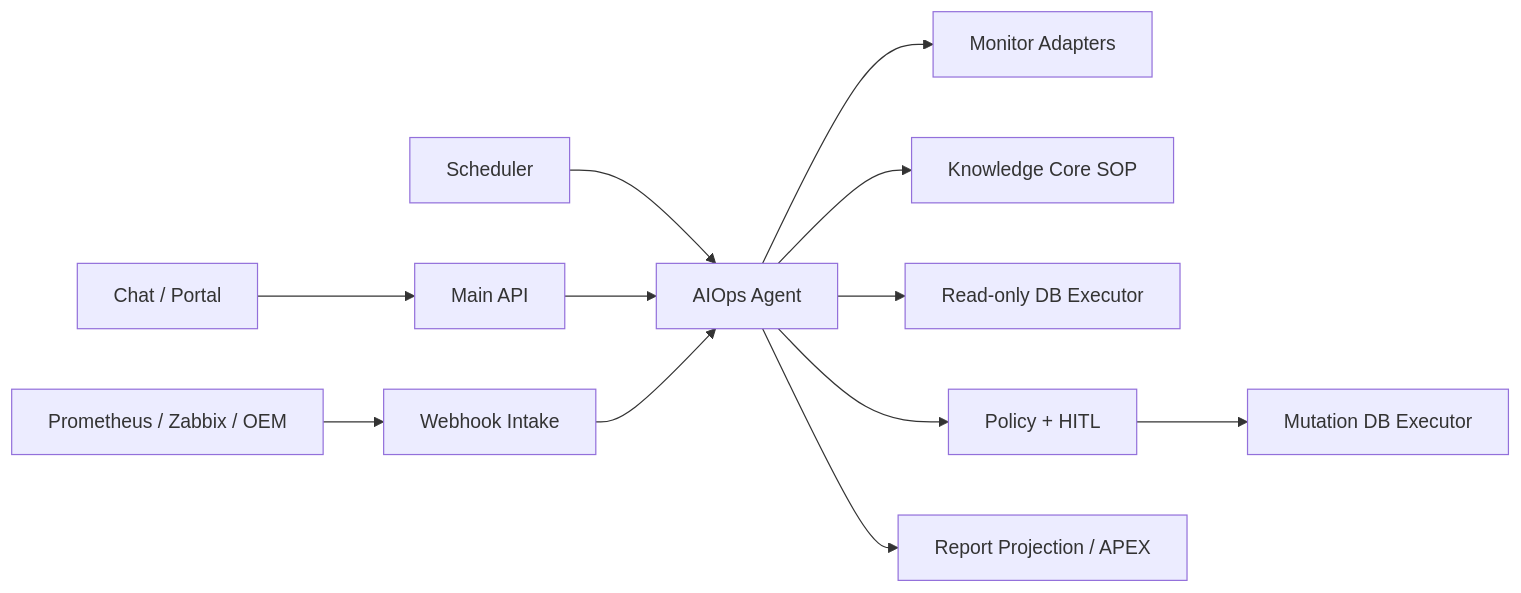
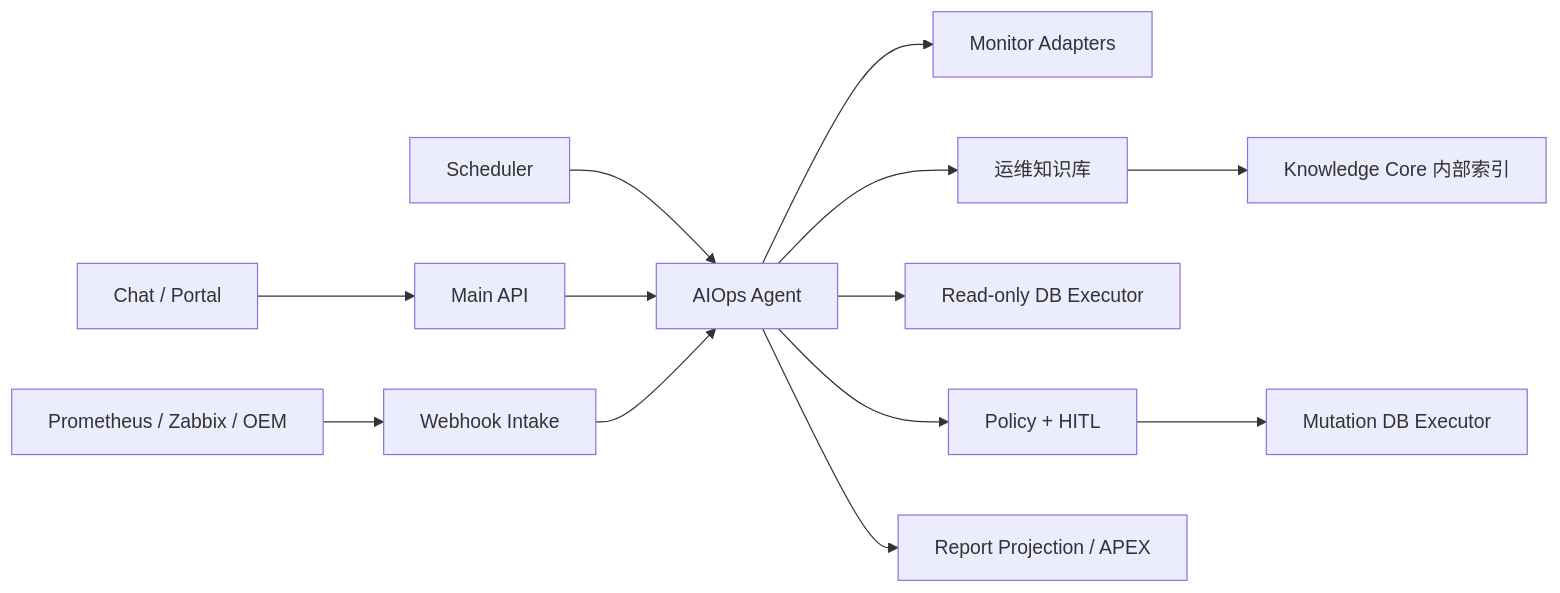
Before and after one commit to munger1985/kbot: the first of 3 diagrams in docs/product/aiops-agent.md, drawn with Mermaid. The commit also changed other lines of this file and 5 other files, not shown here.

````diff
--- a/docs/product/aiops-agent.md
+++ b/docs/product/aiops-agent.md
@@ -296,14 +299,15 @@
 ```mermaid
 flowchart LR
     CHAT[Chat / Portal] --> API[Main API]
     ALERT[Prometheus / Zabbix / OEM] --> INTAKE[Webhook Intake]
     SCHED[Scheduler] --> OPS[AIOps Agent]
     API --> OPS
     INTAKE --> OPS
     OPS --> MON[Monitor Adapters]
-    OPS --> KC[Knowledge Core SOP]
+    OPS --> OKB[运维知识库]
+    OKB --> KC[Knowledge Core 内部索引]
     OPS --> EXR[Read-only DB Executor]
     OPS --> POL[Policy + HITL]
     POL --> EXM[Mutation DB Executor]
     OPS --> REP[Report Projection / APEX]
 ```
````
